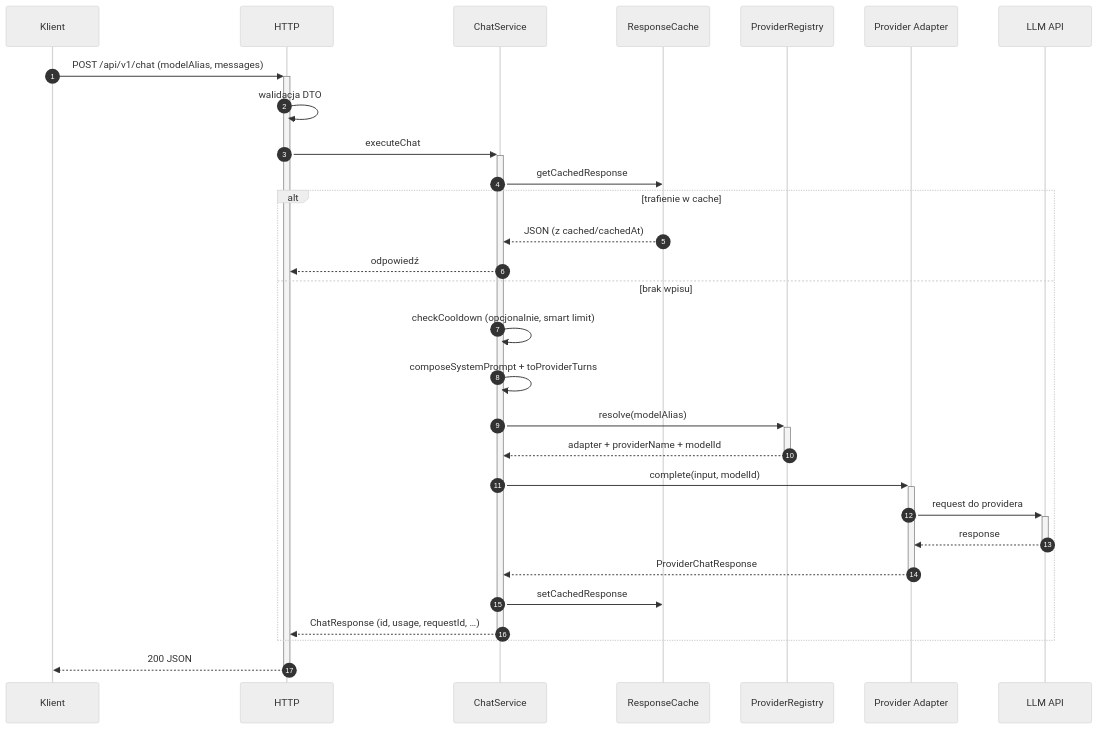
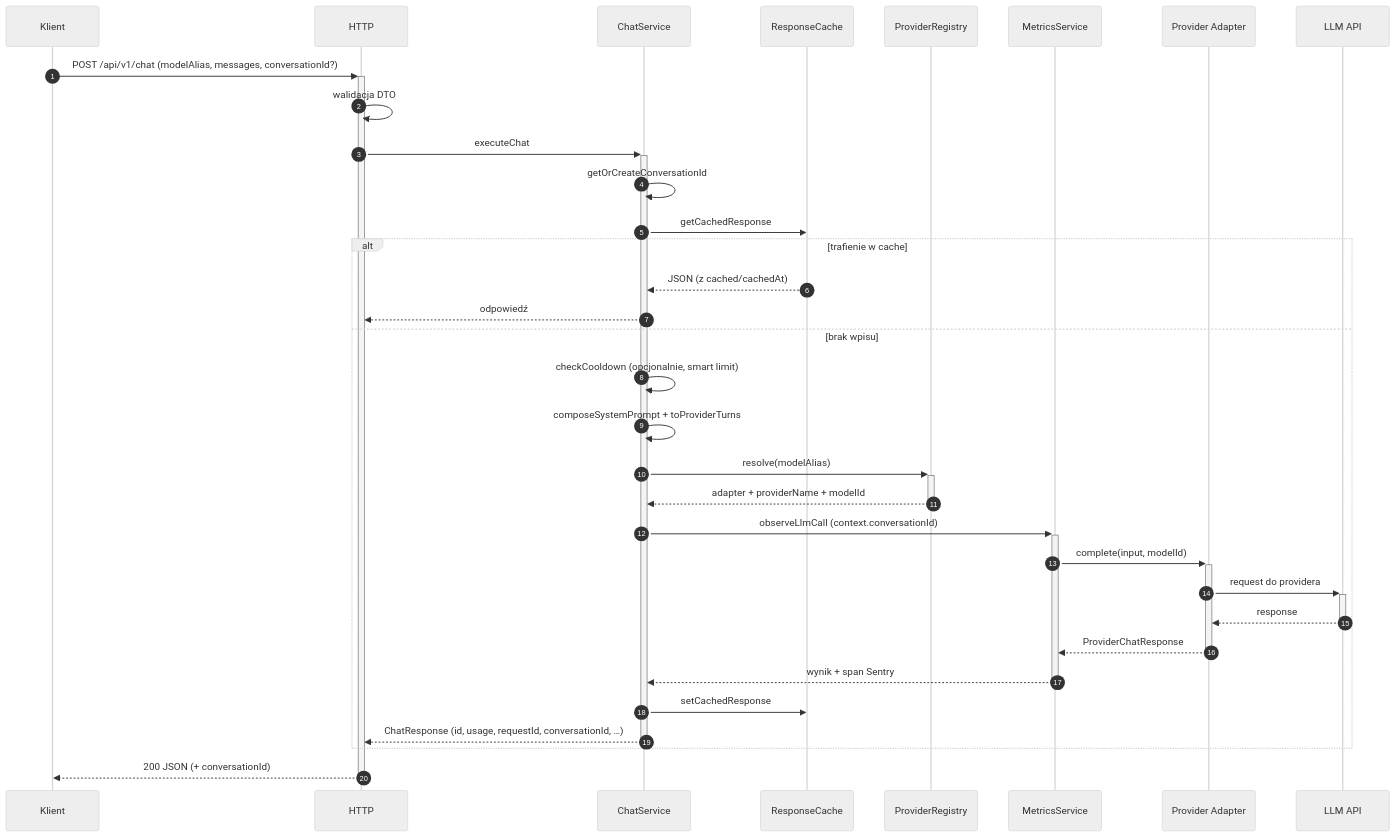
One commit to matej2314/ai-provider-gateway changed the second of 4 diagrams in docs/data_flow.md. Above: the diagram before and after it, drawn with Mermaid (neutral theme). The commit also changed other lines of this file and 20 other files, not shown here.

Commit message:
Update project documentation. Implement conversationId mechanism in normal LLM chat and stream.

````diff
--- a/docs/data_flow.md
+++ b/docs/data_flow.md
@@ -50,32 +51,36 @@
 ```mermaid
 sequenceDiagram
   autonumber
   participant K as Klient
   participant H as HTTP
   participant S as ChatService
   participant C as ResponseCache
   participant R as ProviderRegistry
+  participant M as MetricsService
   participant P as Provider Adapter
   participant A as LLM API
 
-  K->>+H: POST /api/v1/chat (modelAlias, messages)
+  K->>+H: POST /api/v1/chat (modelAlias, messages, conversationId?)
   H->>H: walidacja DTO
   H->>+S: executeChat
+  S->>S: getOrCreateConversationId
   S->>C: getCachedResponse
   alt trafienie w cache
     C-->>S: JSON (z cached/cachedAt)
     S-->>H: odpowiedź
   else brak wpisu
     S->>S: checkCooldown (opcjonalnie, smart limit)
     S->>S: composeSystemPrompt + toProviderTurns
     S->>+R: resolve(modelAlias)
     R-->>-S: adapter + providerName + modelId
-    S->>+P: complete(input, modelId)
+    S->>+M: observeLlmCall (context.conversationId)
+    M->>+P: complete(input, modelId)
     P->>+A: request do providera
     A-->>-P: response
-    P-->>-S: ProviderChatResponse
+    P-->>-M: ProviderChatResponse
+    M-->>-S: wynik + span Sentry
     S->>C: setCachedResponse
-    S-->>-H: ChatResponse (id, usage, requestId, …)
+    S-->>-H: ChatResponse (id, usage, requestId, conversationId, …)
   end
-  H-->>-K: 200 JSON
+  H-->>-K: 200 JSON (+ conversationId)
 ```
````
